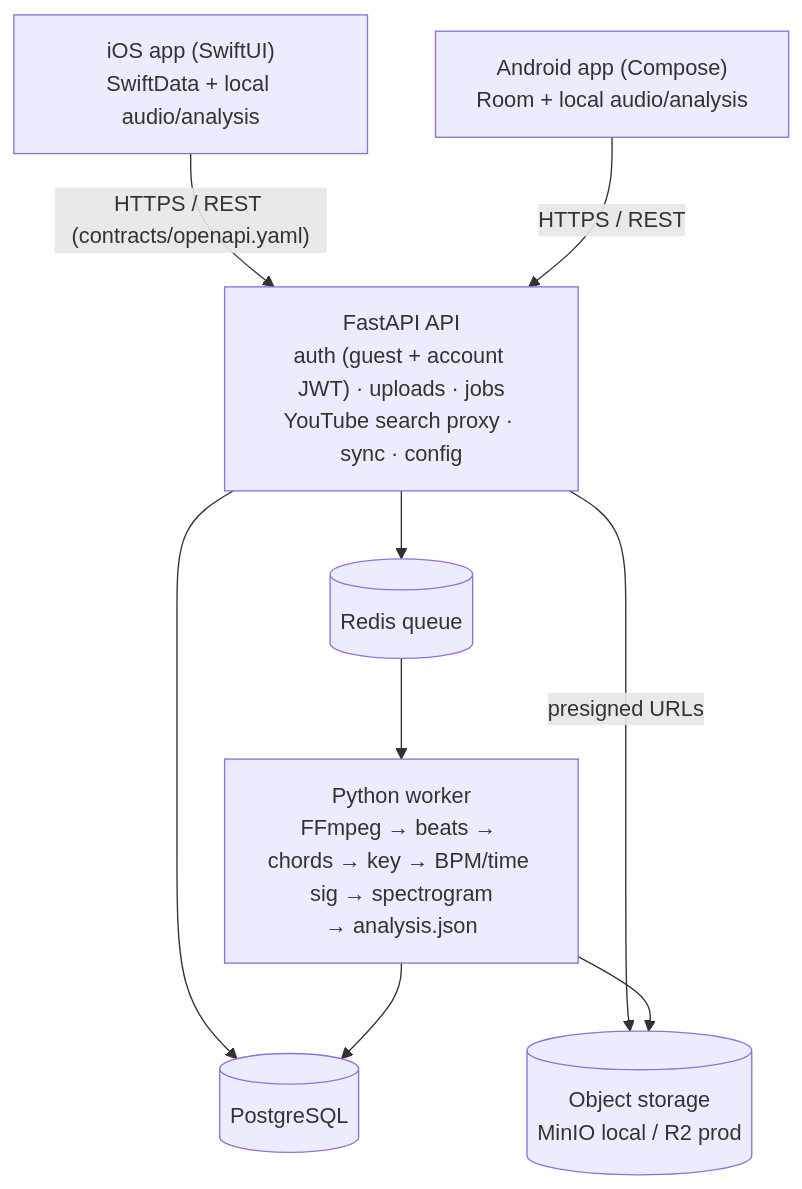
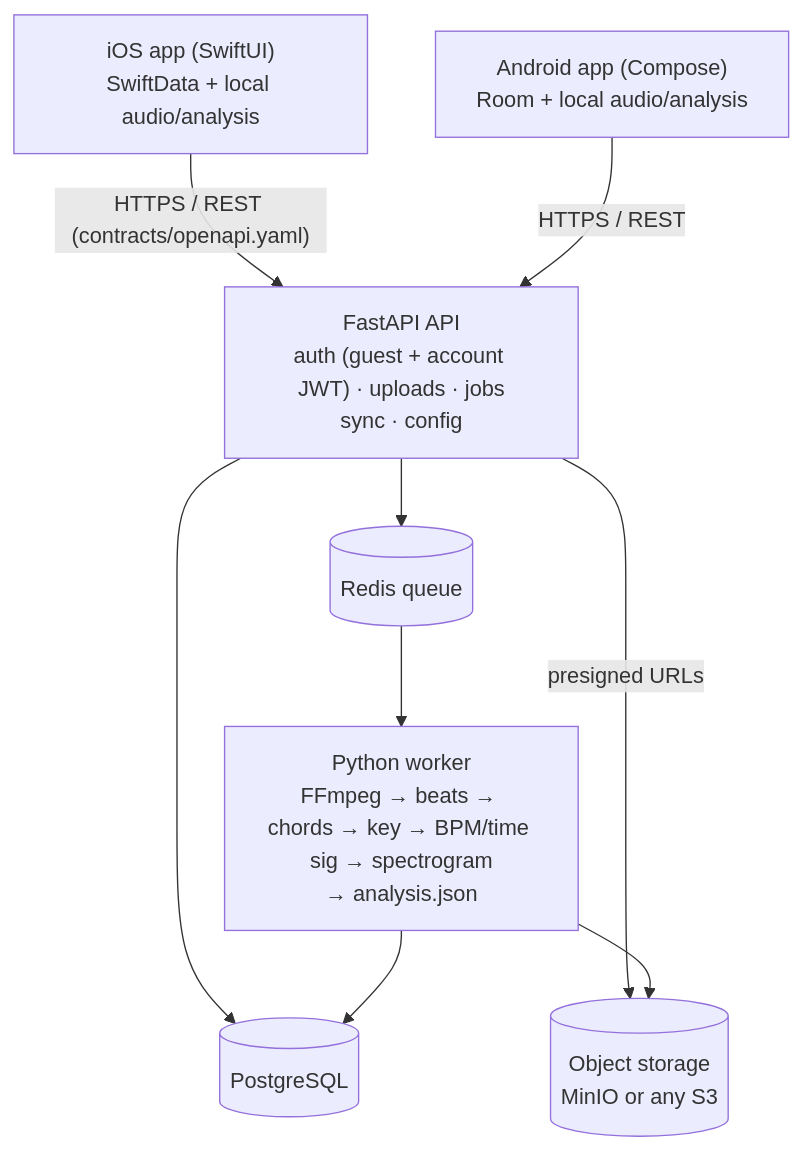
Before and after one commit to AblazedTC/musicDecoded: the diagram in README.md, drawn with Mermaid. The commit also changed other lines of this file and 8 other files, not shown here.

````diff
--- a/README.md
+++ b/README.md
@@ -14,19 +30,19 @@
 ```mermaid
 flowchart TD
     ios["iOS app (SwiftUI)<br/>SwiftData + local audio/analysis"]
     android["Android app (Compose)<br/>Room + local audio/analysis"]
-    api["FastAPI API<br/>auth (guest + account JWT) · uploads · jobs<br/>YouTube search proxy · sync · config"]
+    api["FastAPI API<br/>auth (guest + account JWT) · uploads · jobs<br/>sync · config"]
     pg[(PostgreSQL)]
     redis[(Redis queue)]
-    s3[("Object storage<br/>MinIO local / R2 prod")]
+    s3[("Object storage<br/>MinIO or any S3")]
     worker["Python worker<br/>FFmpeg → beats → chords → key → BPM/time sig → spectrogram<br/>→ analysis.json"]
 
     ios -- "HTTPS / REST (contracts/openapi.yaml)" --> api
     android -- "HTTPS / REST" --> api
     api --> pg
     api --> redis
     api -- presigned URLs --> s3
     redis --> worker
     worker --> s3
     worker --> pg
 ```
````
